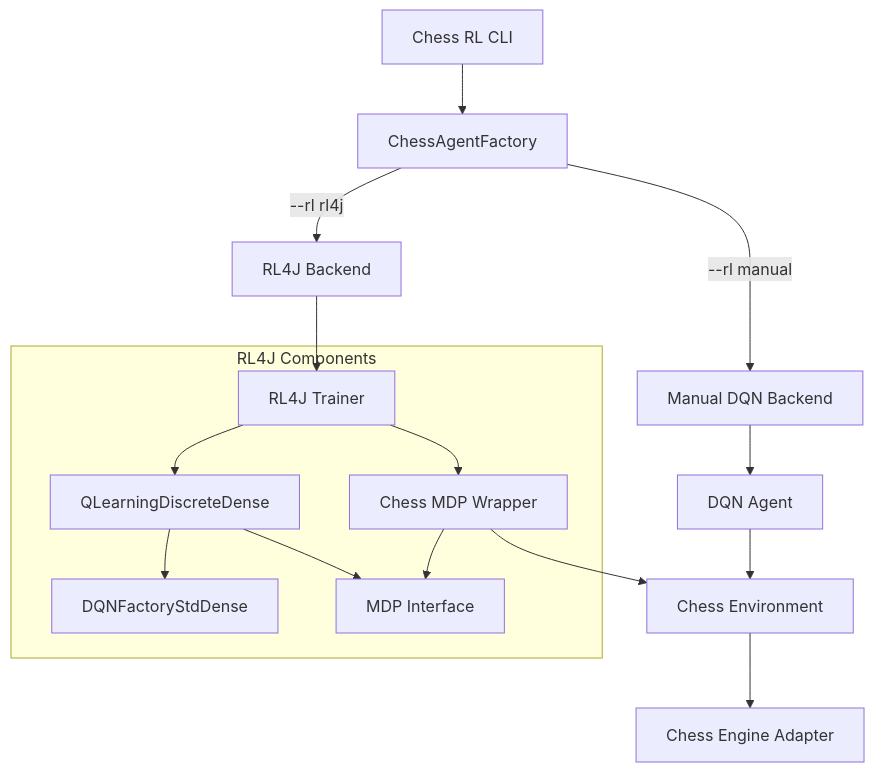
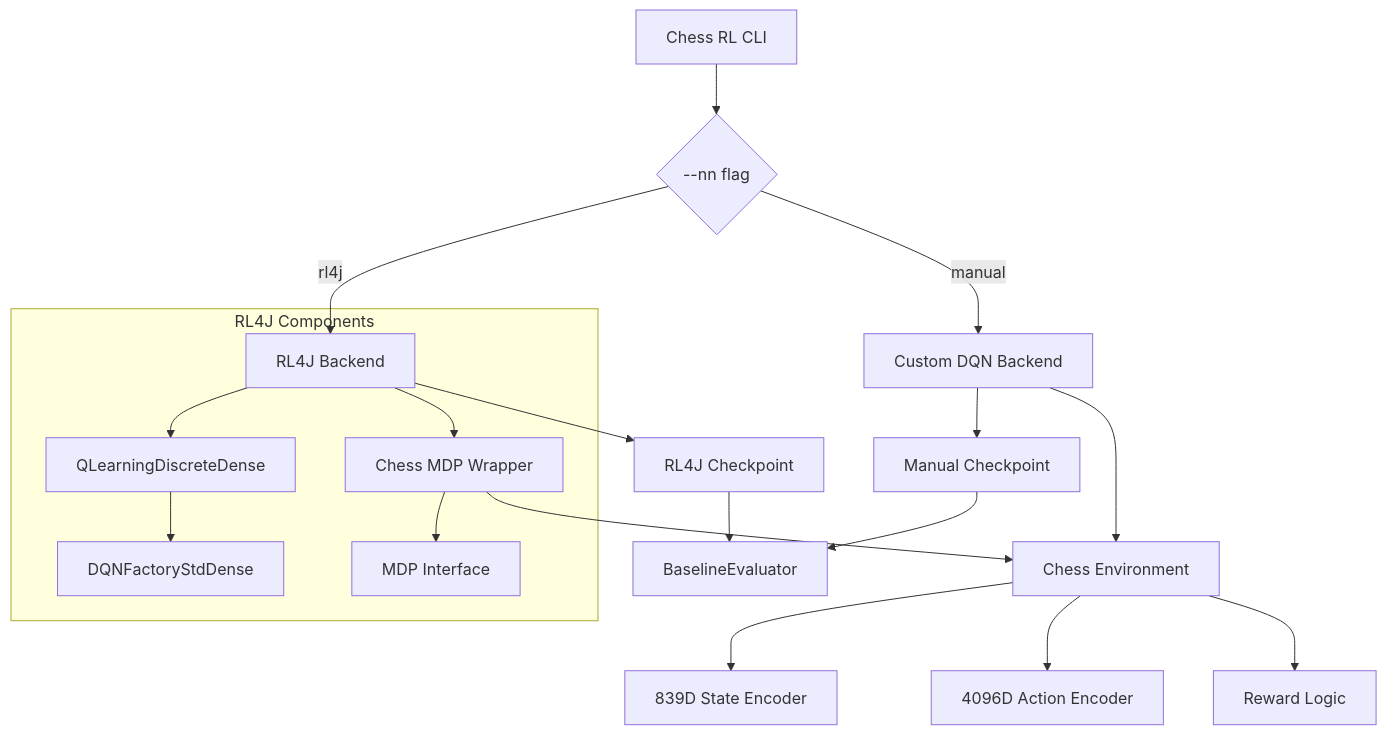
Before and after one commit to AnthonyKot/chess-rl: the first of 2 diagrams in .kiro/specs/rl4j-backend-integration/design.md, drawn with Mermaid. The commit also changed other lines of this file and 65 other files, not shown here.

````diff
--- a/.kiro/specs/rl4j-backend-integration/design.md
+++ b/.kiro/specs/rl4j-backend-integration/design.md
@@ -13,22 +13,26 @@
 ```mermaid
 graph TB
-    CLI[Chess RL CLI] --> Factory[ChessAgentFactory]
-    Factory --> |--rl manual| Manual[Manual DQN Backend]
-    Factory --> |--rl rl4j| RL4J[RL4J Backend]
+    CLI[Chess RL CLI] --> NNFlag{--nn flag}
+    NNFlag --> |manual| ManualBackend[Custom DQN Backend]
+    NNFlag --> |rl4j| RL4JBackend[RL4J Backend]
     
-    Manual --> DQNAgent[DQN Agent]
-    RL4J --> RL4JAgent[RL4J Trainer]
-    
-    DQNAgent --> ChessEnv[Chess Environment]
-    RL4JAgent --> ChessMDP[Chess MDP Wrapper]
+    ManualBackend --> ChessEnv[Chess Environment]
+    RL4JBackend --> ChessMDP[Chess MDP Wrapper]
     ChessMDP --> ChessEnv
     
-    ChessEnv --> Engine[Chess Engine Adapter]
+    ChessEnv --> StateEncoder[839D State Encoder]
+    ChessEnv --> ActionEncoder[4096D Action Encoder]
+    ChessEnv --> RewardLogic[Reward Logic]
+    
+    ManualBackend --> Checkpoint1[Manual Checkpoint]
+    RL4JBackend --> Checkpoint2[RL4J Checkpoint]
+    
+    Checkpoint1 --> Evaluator[BaselineEvaluator]
+    Checkpoint2 --> Evaluator
     
     subgraph "RL4J Components"
-        RL4JAgent --> QLearning[QLearningDiscreteDense]
+        RL4JBackend --> QLearning[QLearningDiscreteDense]
         QLearning --> DQNFactory[DQNFactoryStdDense]
-        QLearning --> MDPInterface[MDP Interface]
-        ChessMDP --> MDPInterface
+        ChessMDP --> MDPInterface[MDP Interface]
     end
 ```
````
